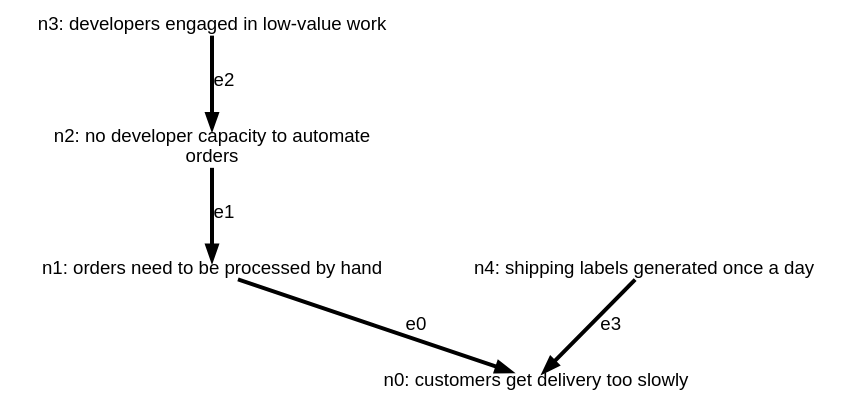
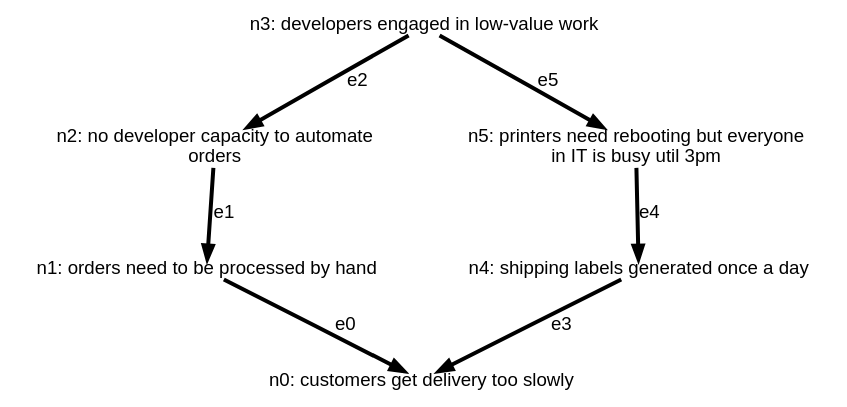
The diagram in examples/business_example_1.dot (stevecooperorg/microdot), drawn with Graphviz before and after one commit. The commit also changed 7 other files, not shown here.

```diff
--- a/examples/business_example_1.dot
+++ b/examples/business_example_1.dot
@@ -1,18 +1,21 @@
 digraph {
 
     graph [fontname = "helvetica" rankdir="TB" ranksep=0.75 nodesep=0.5];
     node [fontname = "helvetica" shape = "plain"];
     edge [fontname = "helvetica" penwidth=3 color="#000000"];
 
     n0 [label="n0: customers get delivery too slowly"  ]
     n1 [label="n1: orders need to be processed by hand"  ]
     n2 [label="n2: no developer capacity to automate\norders"  ]
     n3 [label="n3: developers engaged in low-value work"  ]
     n4 [label="n4: shipping labels generated once a day"  ]
+    n5 [label="n5: printers need rebooting but everyone\nin IT is busy util 3pm"  ]
 
     "n1" -> "n0" [label="e0"];
     "n2" -> "n1" [label="e1"];
     "n3" -> "n2" [label="e2"];
     "n4" -> "n0" [label="e3"];
+    "n5" -> "n4" [label="e4"];
+    "n3" -> "n5" [label="e5"];
 
 }
```
